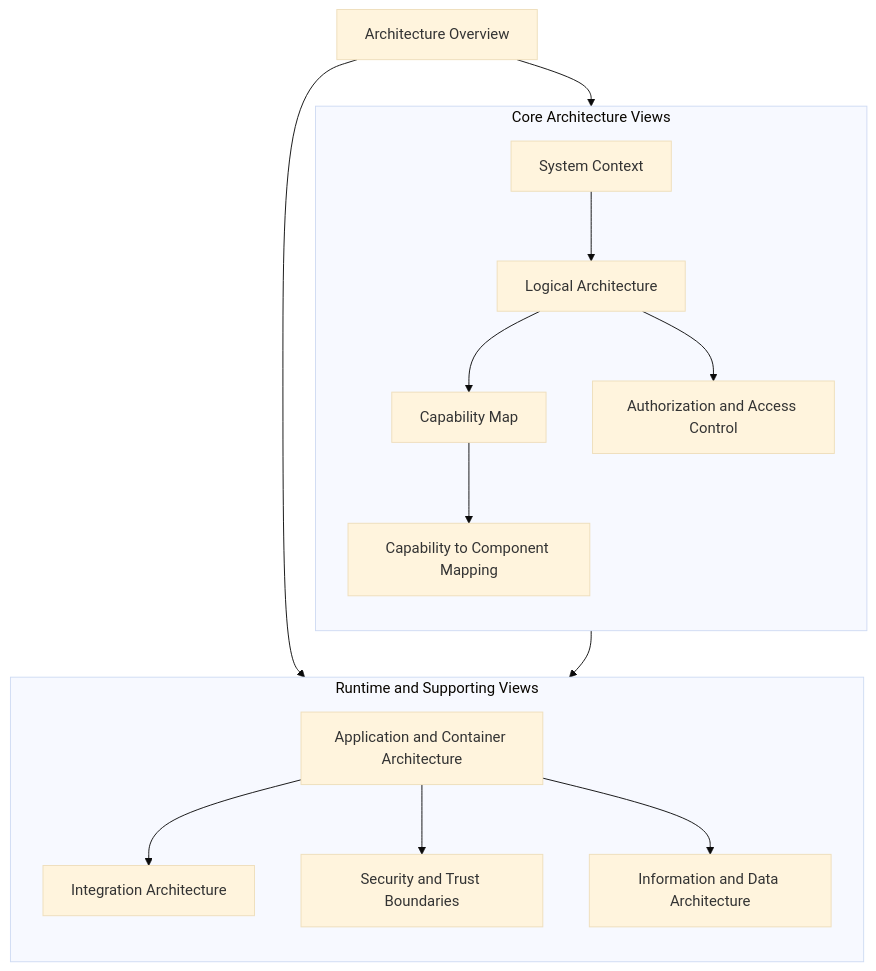
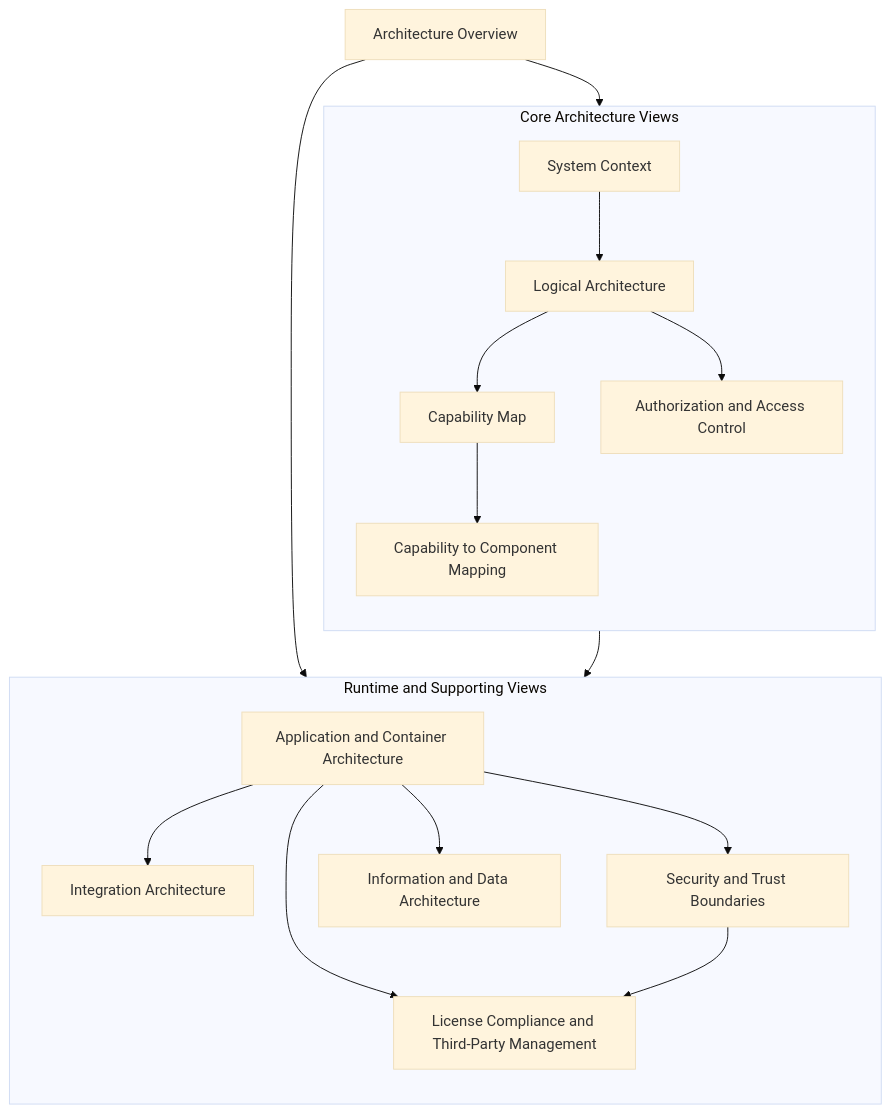
The diagram in docs/architecture/00-architecture-overview.md (EnterpriseGlue/enterpriseglue-the-bridge), drawn with Mermaid (base theme) before and after one commit. The commit also changed other lines of this file and 9 other files, not shown here.

````diff
--- a/docs/architecture/00-architecture-overview.md
+++ b/docs/architecture/00-architecture-overview.md
@@ -21,33 +22,36 @@
 ```mermaid
 flowchart TD
   Overview[Architecture Overview]
 
   subgraph Core[Core Architecture Views]
     direction TB
     Context[System Context]
     Logical[Logical Architecture]
     Capability[Capability Map]
     Mapping[Capability to Component Mapping]
     Authz[Authorization and Access Control]
   end
 
   subgraph RuntimeGroup[Runtime and Supporting Views]
     direction TB
     Runtime[Application and Container Architecture]
     Integration[Integration Architecture]
     Security[Security and Trust Boundaries]
     Data[Information and Data Architecture]
+    License[License Compliance and Third-Party Management]
   end
 
   Overview --> Core
   Overview --> RuntimeGroup
 
   Context --> Logical
   Logical --> Capability
   Capability --> Mapping
   Logical --> Authz
   Runtime --> Integration
   Runtime --> Security
   Runtime --> Data
+  Runtime --> License
   Authz --> Security
+  Security --> License
 ```
````
